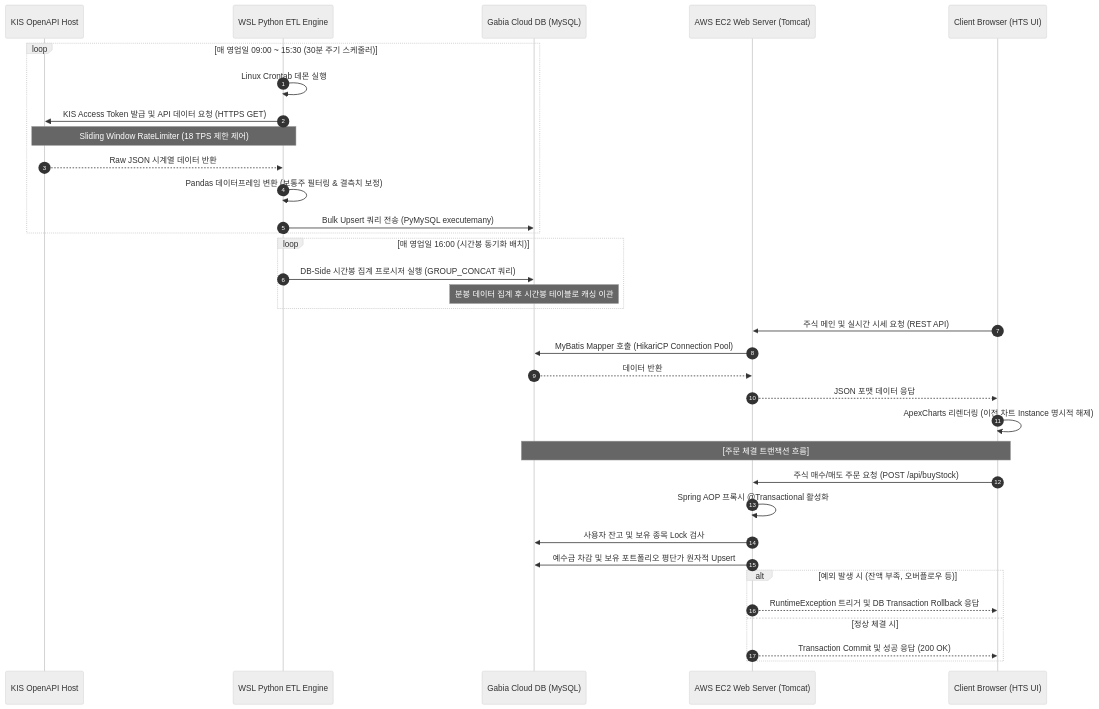
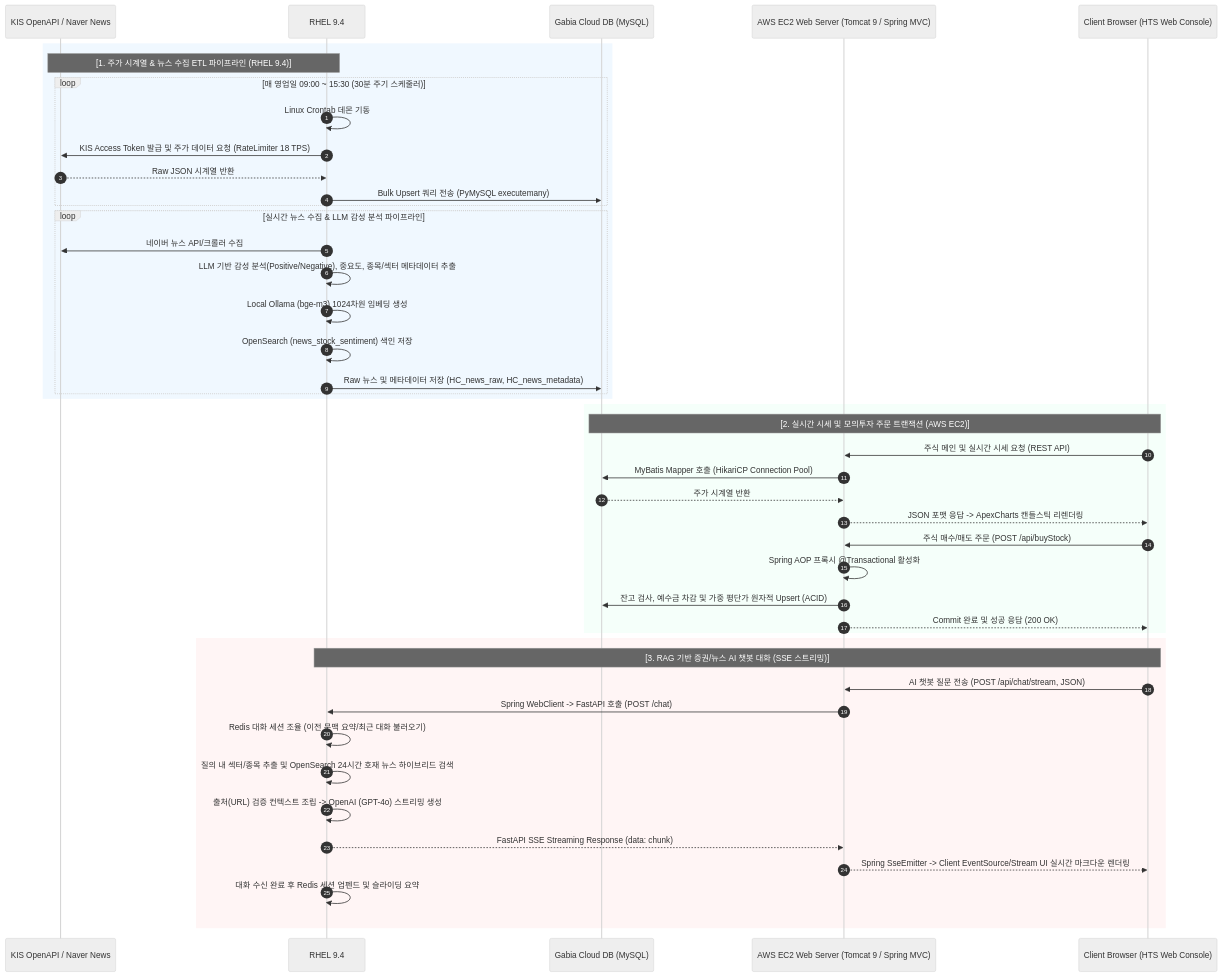
Before and after one commit to yoonicorn0207-create/Black_Rabbit: the diagram in README.md, drawn with Mermaid (neutral theme). The commit also changed other lines of this file, not shown here.

Commit message:
"feat : Black Rabbit HTS 웹서비스 개발 개요"

````diff
--- a/README.md
+++ b/README.md
@@ -19,40 +23,54 @@
 ```mermaid
 sequenceDiagram
     autonumber
-    participant KIS as KIS OpenAPI Host
-    participant WSL as WSL Python ETL Engine
+    participant KIS as KIS OpenAPI / Naver News
+    participant AI as RHEL 9.4 #116 AI & ETL Server (FastAPI/OpenSearch/Ollama/Redis)
     participant DB as Gabia Cloud DB (MySQL)
-    participant EC2 as AWS EC2 Web Server (Tomcat)
-    participant User as Client Browser (HTS UI)
+    participant EC2 as AWS EC2 Web Server (Tomcat 9 / Spring MVC)
+    participant User as Client Browser (HTS Web Console)
 
+    %% 1. 주가 시계열 & 뉴스 ETL 파이프라인
+    rect rgb(240, 248, 255)
+    Note over AI, KIS: [1. 주가 시계열 & 뉴스 수집 ETL 파이프라인 (RHEL 9.4)]
     loop 매 영업일 09:00 ~ 15:30 (30분 주기 스케줄러)
-        WSL->>WSL: Linux Crontab 데몬 실행
-        WSL->>KIS: KIS Access Token 발급 및 API 데이터 요청 (HTTPS GET)
-        Note over WSL, KIS: Sliding Window RateLimiter (18 TPS 제한 제어)
-        KIS-->>WSL: Raw JSON 시계열 데이터 반환
-        WSL->>WSL: Pandas 데이터프레임 변환 (보통주 필터링 & 결측치 보정)
-        WSL->>DB: Bulk Upsert 쿼리 전송 (PyMySQL executemany)
+        AI->>AI: Linux Crontab 데몬 기동
+        AI->>KIS: KIS Access Token 발급 및 주가 데이터 요청 (RateLimiter 18 TPS)
+        KIS-->>AI: Raw JSON 시계열 반환
+        AI->>DB: Bulk Upsert 쿼리 전송 (PyMySQL executemany)
+    end
+    loop 실시간 뉴스 수집 & LLM 감성 분석 파이프라인
+        AI->>KIS: 네이버 뉴스 API/크롤러 수집
+        AI->>AI: LLM 기반 감성 분석(Positive/Negative), 중요도, 종목/섹터 메타데이터 추출
+        AI->>AI: Local Ollama (bge-m3) 1024차원 임베딩 생성
+        AI->>AI: OpenSearch (news_stock_sentiment) 색인 저장
+        AI->>DB: Raw 뉴스 및 메타데이터 저장 (HC_news_raw, HC_news_metadata)
+    end
     end
 
-    loop 매 영업일 16:00 (시간봉 동기화 배치)
-        WSL->>DB: DB-Side 시간봉 집계 프로시저 실행 (GROUP_CONCAT 쿼리)
-        Note over DB: 분봉 데이터 집계 후 시간봉 테이블로 캐싱 이관
+    %% 2. 모의투자 HTS 대시보드 & 시세 조회
+    rect rgb(245, 255, 250)
+    Note over User, DB: [2. 실시간 시세 및 모의투자 주문 트랜잭션 (AWS EC2)]
+    User->>EC2: 주식 메인 및 실시간 시세 요청 (REST API)
+    EC2->>DB: MyBatis Mapper 호출 (HikariCP Connection Pool)
+    DB-->>EC2: 주가 시계열 반환
+    EC2-->>User: JSON 포맷 응답 -> ApexCharts 캔들스틱 리렌더링
+
+    User->>EC2: 주식 매수/매도 주문 (POST /api/buyStock)
+    EC2->>EC2: Spring AOP 프록시 @Transactional 활성화
+    EC2->>DB: 잔고 검사, 예수금 차감 및 가중 평단가 원자적 Upsert (ACID)
+    EC2-->>User: Commit 완료 및 성공 응답 (200 OK)
     end
 
-    User->>EC2: 주식 메인 및 실시간 시세 요청 (REST API)
-    EC2->>DB: MyBatis Mapper 호출 (HikariCP Connection Pool)
-    DB-->>EC2: 데이터 반환
-    EC2-->>User: JSON 포맷 데이터 응답
-    User->>User: ApexCharts 리렌더링 (이전 차트 Instance 명시적 해제)
-
-    Note over User, DB: [주문 체결 트랜잭션 흐름]
-    User->>EC2: 주식 매수/매도 주문 요청 (POST /api/buyStock)
-    EC2->>EC2: Spring AOP 프록시 @Transactional 활성화
-    EC2->>DB: 사용자 잔고 및 보유 종목 Lock 검사
-    EC2->>DB: 예수금 차감 및 보유 포트폴리오 평단가 원자적 Upsert
-    Alt 예외 발생 시 (잔액 부족, 오버플로우 등)
-        EC2-->>User: RuntimeException 트리거 및 DB Transaction Rollback 응답
-    Else 정상 체결 시
-        EC2-->>User: Transaction Commit 및 성공 응답 (200 OK)
-    End
+    %% 3. RAG AI 챗봇 실시간 스트리밍 대화
+    rect rgb(255, 245, 245)
+    Note over User, AI: [3. RAG 기반 증권/뉴스 AI 챗봇 대화 (SSE 스트리밍)]
+    User->>EC2: AI 챗봇 질문 전송 (POST /api/chat/stream, JSON)
+    EC2->>AI: Spring WebClient -> FastAPI 호출 (POST /chat)
+    AI->>AI: Redis 대화 세션 조율 (이전 문맥 요약/최근 대화 불러오기)
+    AI->>AI: 질의 내 섹터/종목 추출 및 OpenSearch 24시간 호재 뉴스 하이브리드 검색
+    AI->>AI: 출처(URL) 검증 컨텍스트 조립 -> OpenAI (GPT-4o) 스트리밍 생성
+    AI-->>EC2: FastAPI SSE Streaming Response (data: chunk)
+    EC2-->>User: Spring SseEmitter -> Client EventSource/Stream UI 실시간 마크다운 렌더링
+    AI->>AI: 대화 수신 완료 후 Redis 세션 업펜드 및 슬라이딩 요약
+    end
 ```
````
